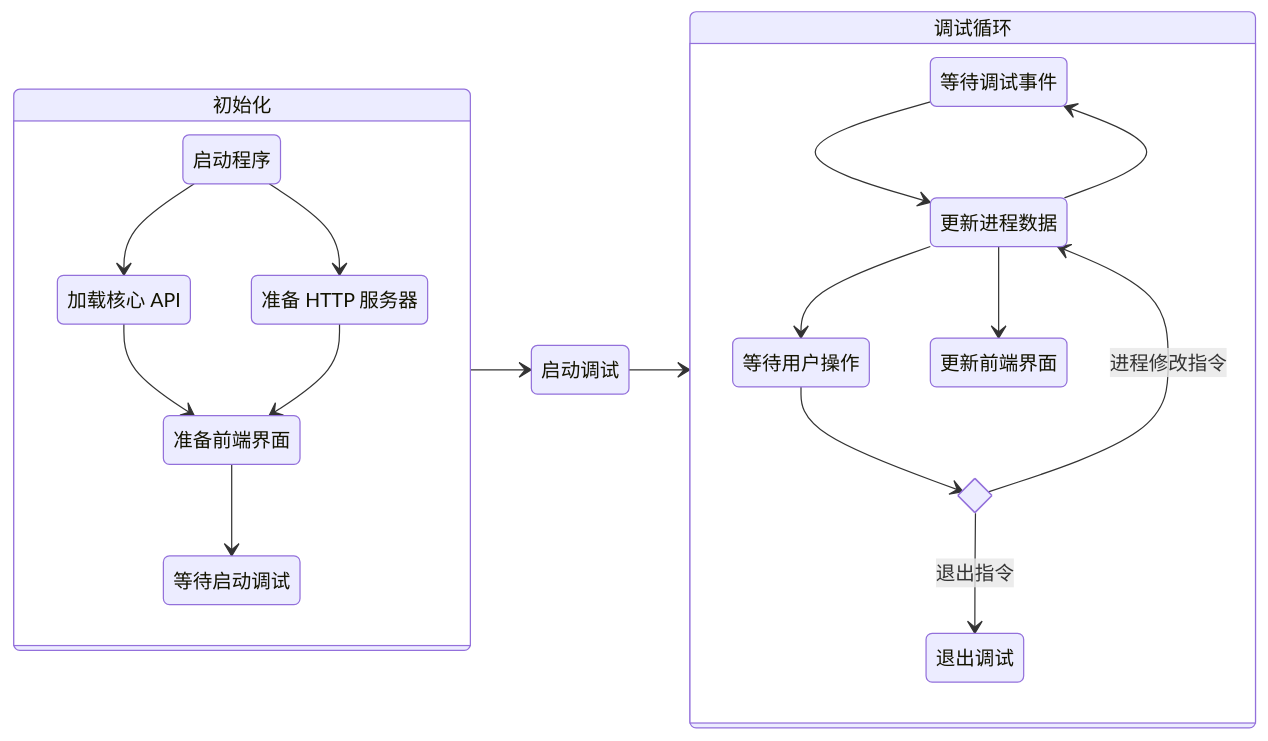
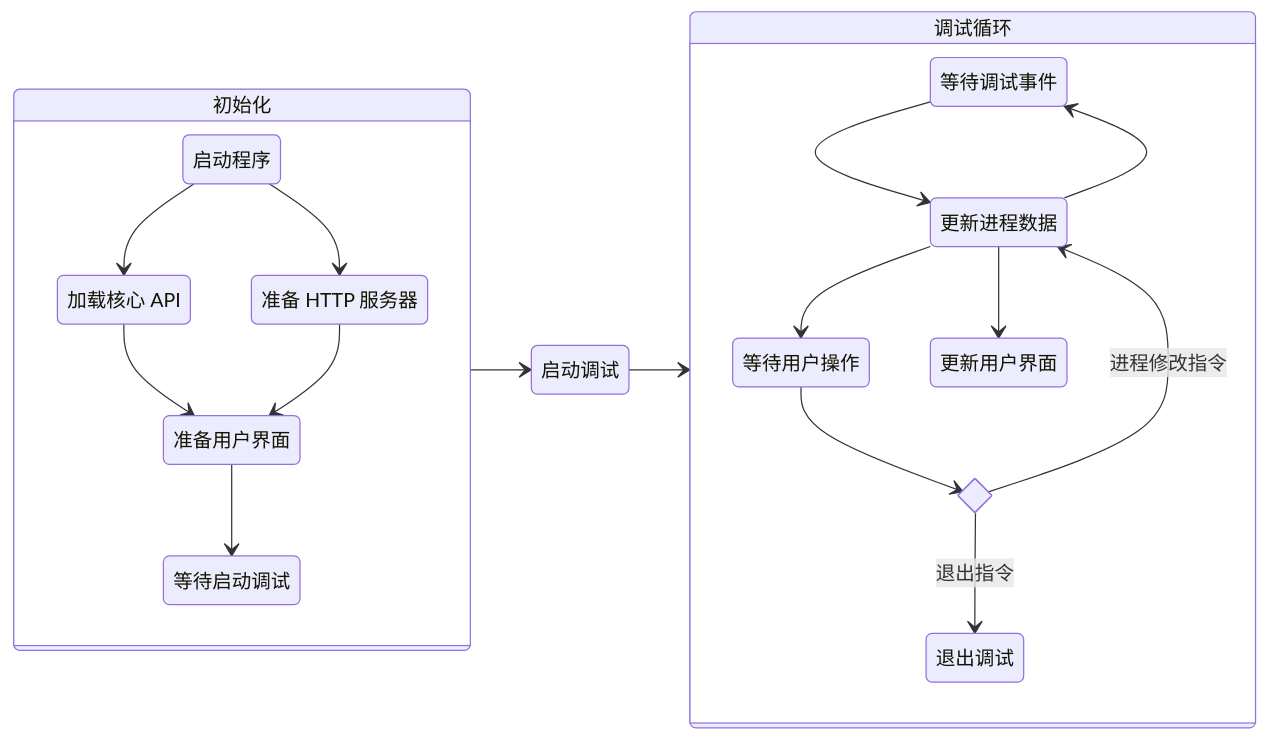
Before and after one commit to Woodykaixa/BeDbg: the second of 3 diagrams in Presentation/slides.md, drawn with Mermaid. The commit also changed other lines of this file and 4 other files, not shown here.

````diff
--- a/Presentation/slides.md
+++ b/Presentation/slides.md
@@ -148,43 +154,48 @@
 ```mermaid
 
 stateDiagram-v2
 direction LR
 
 InitServer: 初始化
 StartDebug: 启动调试
 DebugLoop: 调试循环
 
 state InitServer {
+  direction TB
+
   LoadApi: 加载核心 API
   StartProgram: 启动程序
   PrepareHttpServer: 准备 HTTP 服务器
-  PrepareClient: 准备前端界面
+  PrepareClient: 准备用户界面
   WaitForDebug: 等待启动调试
 
   StartProgram --> LoadApi
   StartProgram --> PrepareHttpServer
   LoadApi --> PrepareClient
   PrepareHttpServer --> PrepareClient
   PrepareClient --> WaitForDebug
 }
 
 InitServer --> StartDebug
 StartDebug --> DebugLoop
 
 state DebugLoop {
+  direction TB
+  
   ListenDebugEvent: 等待调试事件
   WaitForUserInput: 等待用户操作
   UpdateProcessData: 更新进程数据
   state UserDirective <<choice>>
-  UPdateUI: 更新前端界面
+  UpdateUI: 更新用户界面
   ExitDebug: 退出调试
-  
+    
   ListenDebugEvent --> UpdateProcessData
   WaitForUserInput --> UserDirective
   UserDirective --> ExitDebug: 退出指令
   UserDirective --> UpdateProcessData: 进程修改指令
   UpdateProcessData --> ListenDebugEvent
   UpdateProcessData --> WaitForUserInput
-  UpdateProcessData --> UPdateUI
+  UpdateProcessData --> UpdateUI
 }
+
 ```
````
